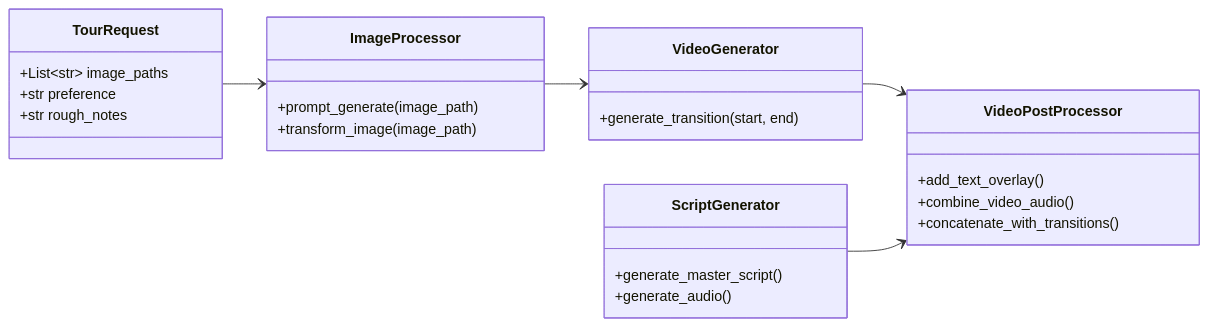
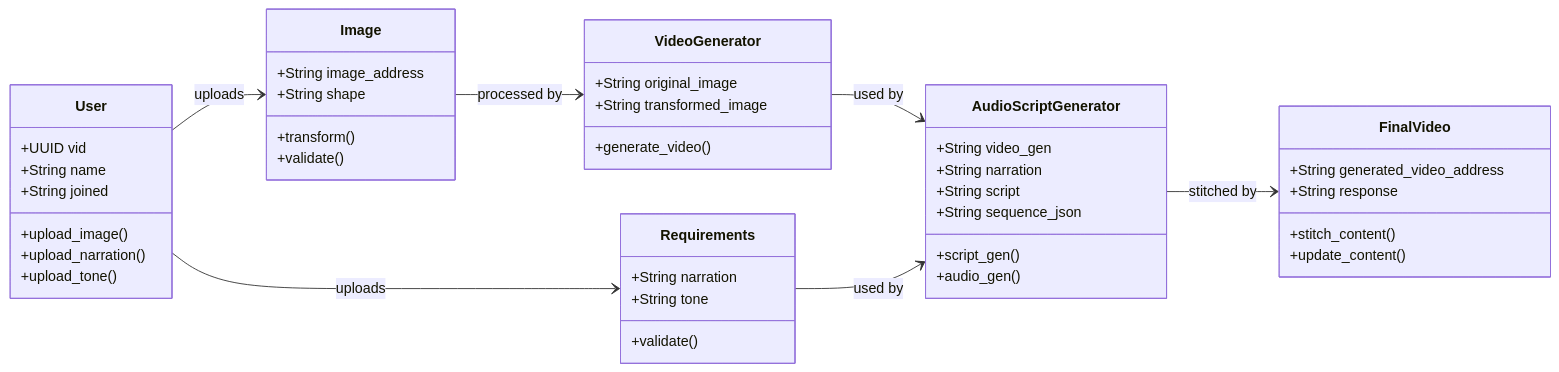
The fifth of 6 diagrams in README.md (23f2002284/VistaAI), drawn with Mermaid before and after one commit. The commit also changed other lines of this file and 1 other file, not shown here.

Commit message:
minor error in diagram solved

````diff
--- a/README.md
+++ b/README.md
@@ -149,30 +143,55 @@
 ```mermaid
 classDiagram
     direction LR
-    class TourRequest {
-        +List~str~ image_paths
-        +str preference
-        +str rough_notes
+
+    class User {
+        +UUID vid
+        +String name
+        +String joined
+        +upload_image()
+        +upload_narration()
+        +upload_tone()
     }
-    class ImageProcessor {
-        +prompt_generate(image_path)
-        +transform_image(image_path)
+
+    class Image {
+        +String image_address
+        +String shape
+        +transform()
+        +validate()
     }
+
+    class Requirements {
+        +String narration
+        +String tone
+        +validate()
+    }
+
     class VideoGenerator {
-        +generate_transition(start, end)
+        +String original_image
+        +String transformed_image
+        +generate_video()
     }
-    class ScriptGenerator {
-        +generate_master_script()
-        +generate_audio()
+
+    class AudioScriptGenerator {
+        +String video_gen
+        +String narration
+        +String script
+        +String sequence_json
+        +script_gen()
+        +audio_gen()
     }
-    class VideoPostProcessor {
-        +add_text_overlay()
-        +combine_video_audio()
-        +concatenate_with_transitions()
+
+    class FinalVideo {
+        +String generated_video_address
+        +String response
+        +stitch_content()
+        +update_content()
     }
-    
-    TourRequest --> ImageProcessor
-    ImageProcessor --> VideoGenerator
-    VideoGenerator --> VideoPostProcessor
-    ScriptGenerator --> VideoPostProcessor
+
+    User --> Image : uploads
+    User --> Requirements : uploads
+    Image --> VideoGenerator : processed by
+    VideoGenerator --> AudioScriptGenerator : used by
+    Requirements --> AudioScriptGenerator : used by
+    AudioScriptGenerator --> FinalVideo : stitched by
 ```
````
